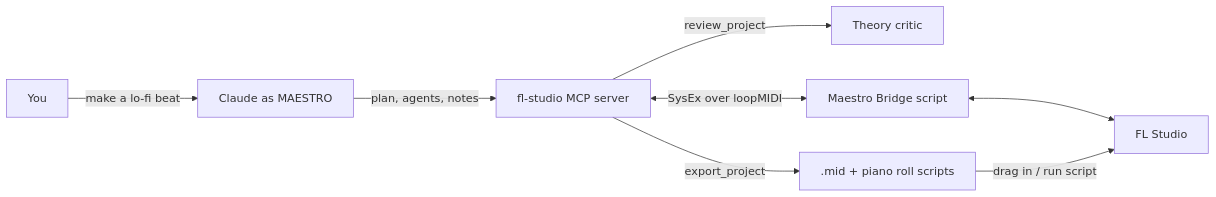
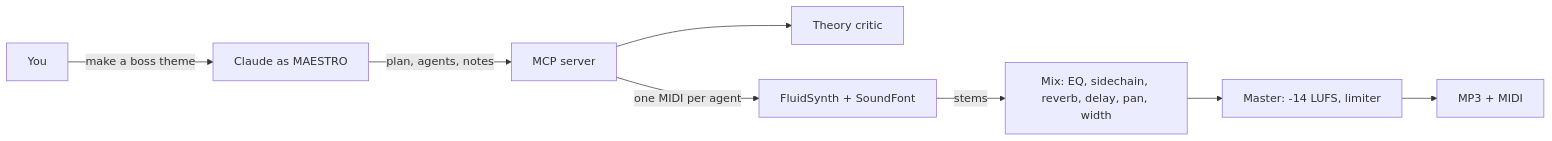
Before and after one commit to feronline/fl-studio-maestro: the diagram in README.md, drawn with Mermaid. The commit also changed other lines of this file and 13 other files, not shown here.

````diff
--- a/README.md
+++ b/README.md
@@ -46,10 +73,10 @@
 ```mermaid
 flowchart LR
-    U[You] -->|"make a lo-fi beat"| C[Claude as MAESTRO]
-    C -->|plan, agents, notes| S[fl-studio MCP server]
-    S -->|review_project| Q[Theory critic]
-    S -->|export_project| M[".mid + piano roll scripts"]
-    S <-->|SysEx over loopMIDI| B[Maestro Bridge script]
-    B <--> FL[FL Studio]
-    M -->|drag in / run script| FL
+    U[You] -->|"make a boss theme"| C[Claude as MAESTRO]
+    C -->|plan, agents, notes| S[MCP server]
+    S --> Q[Theory critic]
+    S -->|one MIDI per agent| F[FluidSynth + SoundFont]
+    F -->|stems| X["Mix: EQ, sidechain, reverb, delay, pan, width"]
+    X --> M["Master: -14 LUFS, limiter"]
+    M --> O[MP3 + MIDI]
 ```
````
